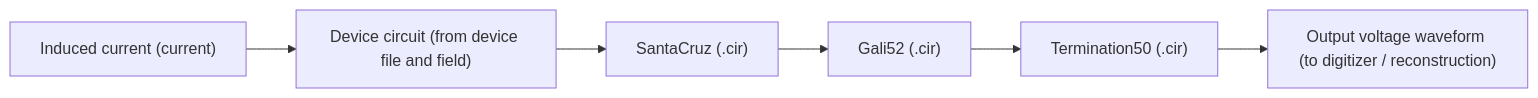
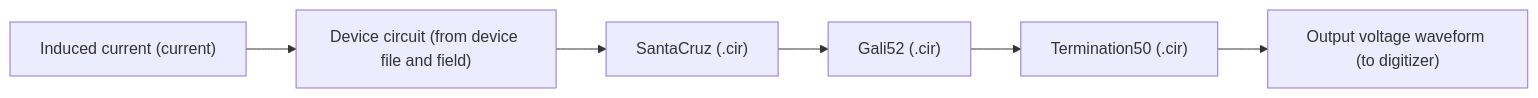
Before and after one commit to raser-team/raser: the diagram in docs/en/components/readout.md, drawn with Mermaid. The commit also changed other lines of this file and 37 other files, not shown here.

````diff
--- a/docs/en/components/readout.md
+++ b/docs/en/components/readout.md
@@ -5,8 +5,8 @@
 ```mermaid
 flowchart LR
     CUR["Induced current (current)"] --> DEV["Device circuit (from device file and field)"]
     DEV --> S1["SantaCruz (.cir)"]
     S1 --> S2["Gali52 (.cir)"]
     S2 --> LOAD["Termination50 (.cir)"]
-    LOAD --> OUT["Output voltage waveform (to digitizer / reconstruction)"]
+    LOAD --> OUT["Output voltage waveform (to digitizer)"]
 ```
````
